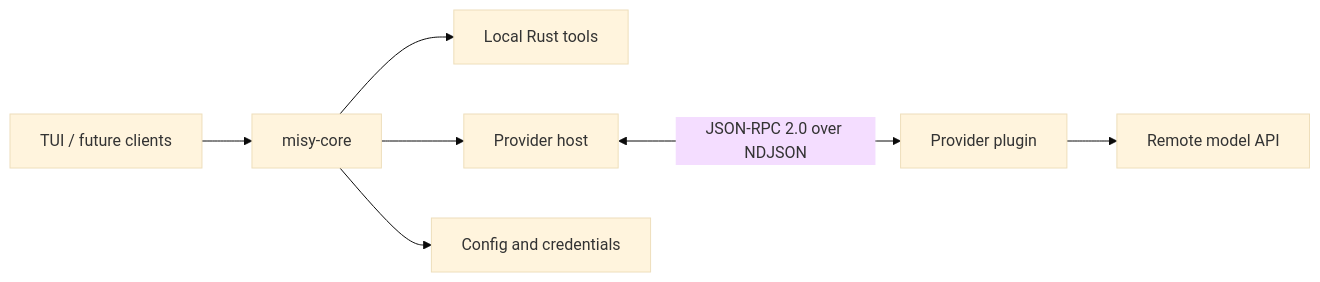
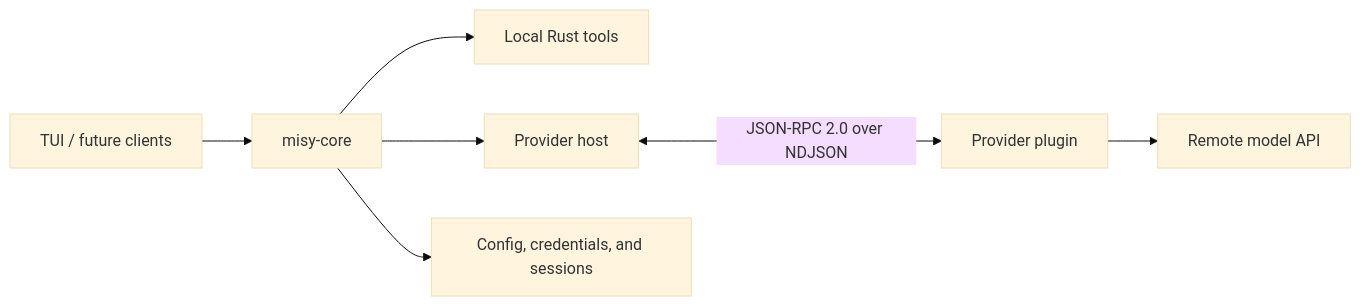
The diagram in README.md (unger1984/misy), drawn with Mermaid (base theme) before and after one commit. The commit also changed other lines of this file and 32 other files, not shown here.

````diff
--- a/README.md
+++ b/README.md
@@ -34,9 +34,9 @@
 ```mermaid
 flowchart LR
     Client[TUI / future clients] --> Core[misy-core]
     Core --> Tools[Local Rust tools]
     Core --> Host[Provider host]
     Host <-->|JSON-RPC 2.0 over NDJSON| Plugin[Provider plugin]
     Plugin --> API[Remote model API]
-    Core --> Data[Config and credentials]
+    Core --> Data[Config, credentials, and sessions]
 ```
````
